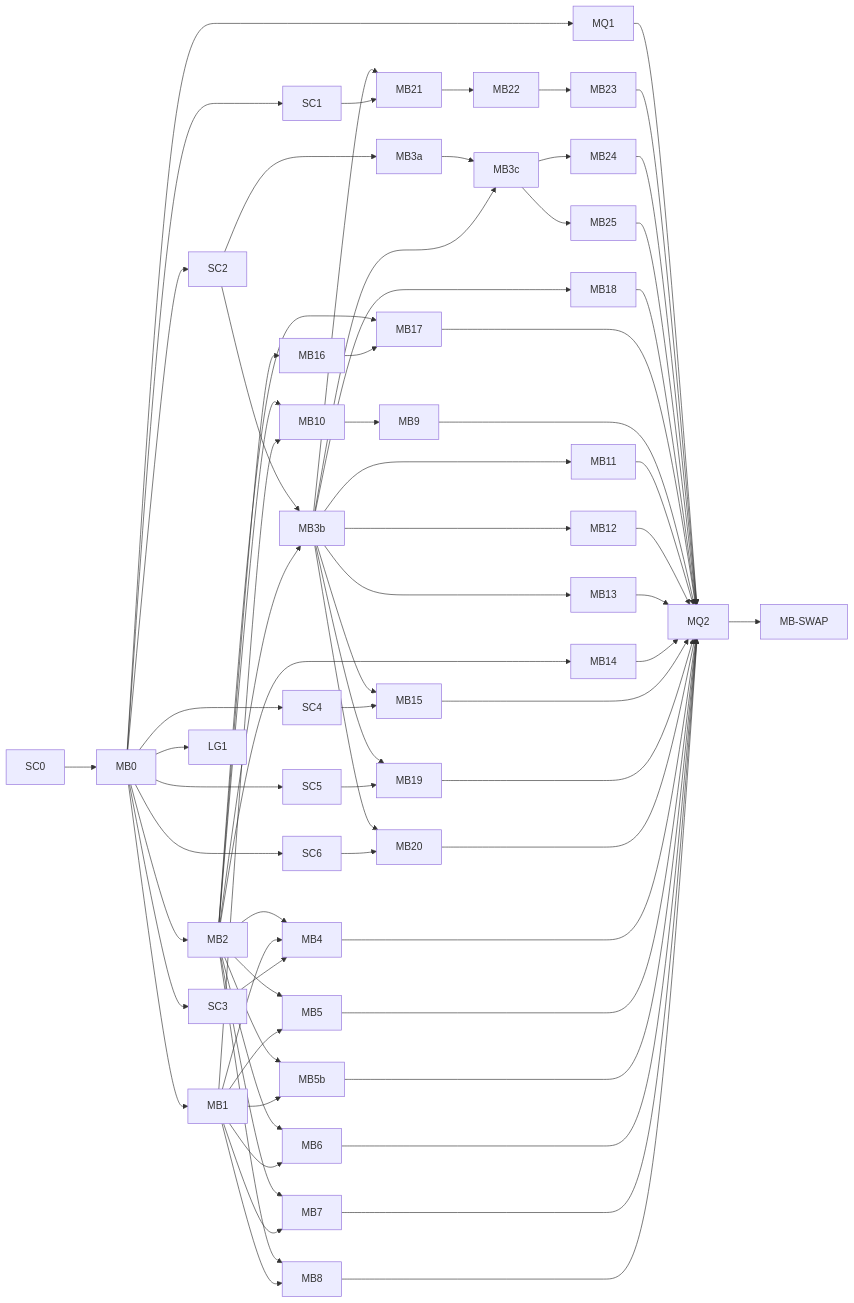
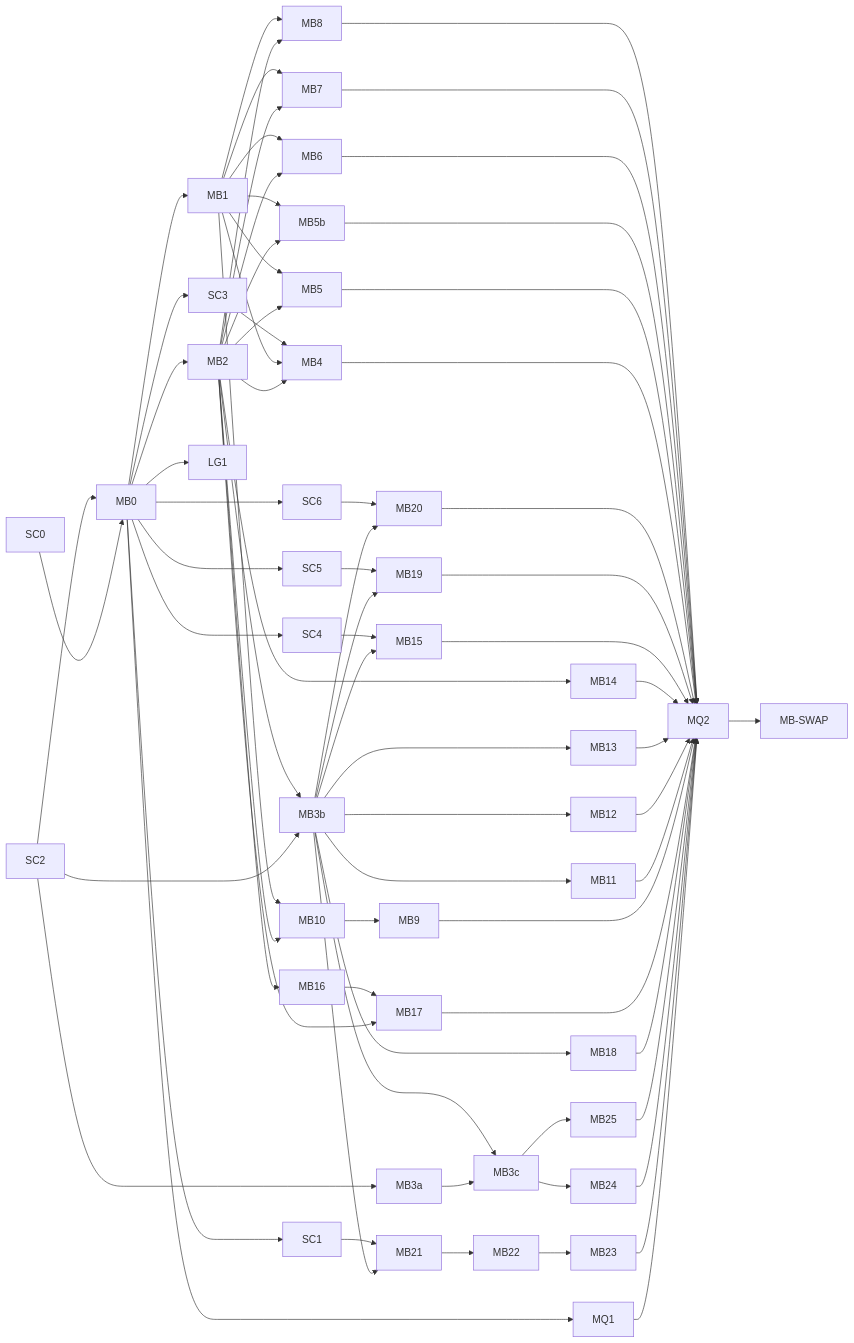
The diagram in docs/agents/mobile.md (fnyaker/Neezer), drawn with Mermaid before and after one commit. The commit also changed other lines of this file, not shown here.

````diff
--- a/docs/agents/mobile.md
+++ b/docs/agents/mobile.md
@@ -527,24 +542,25 @@
 ```mermaid
 graph LR
   SC0 --> MB0
-  MB0 --> MB1 & MB2 & SC1 & SC2 & SC3 & SC4 & SC5 & SC6 & LG1 & MQ1
+  SC2 --> MB0
+  MB0 --> MB1 & MB2 & SC1 & SC3 & SC4 & SC5 & SC6 & LG1 & MQ1
   SC2 --> MB3a & MB3b
   MB2 --> MB3b & MB4 & MB5 & MB5b & MB6 & MB7 & MB8 & MB10
   MB1 --> MB4 & MB5 & MB5b & MB6 & MB7 & MB8 & MB10
   SC3 --> MB4
   MB3a --> MB3c
   MB3b --> MB3c & MB11 & MB12 & MB13 & MB15 & MB19 & MB20 & MB21
   MB10 --> MB9
   SC4 --> MB15
   SC5 --> MB19
   SC6 --> MB20
   SC1 --> MB21
   MB2 --> MB14 & MB16 & MB17
   MB16 --> MB17
   MB21 --> MB22 --> MB23
   MB3c --> MB24 & MB25
   MB3b --> MB18
   MQ1 --> MQ2
   MB23 & MB24 & MB25 & MB18 & MB17 & MB9 & MB11 & MB12 & MB13 & MB14 & MB15 & MB19 & MB20 & MB4 & MB5 & MB5b & MB6 & MB7 & MB8 --> MQ2
   MQ2 --> SWAP[MB-SWAP]
 ```
````
